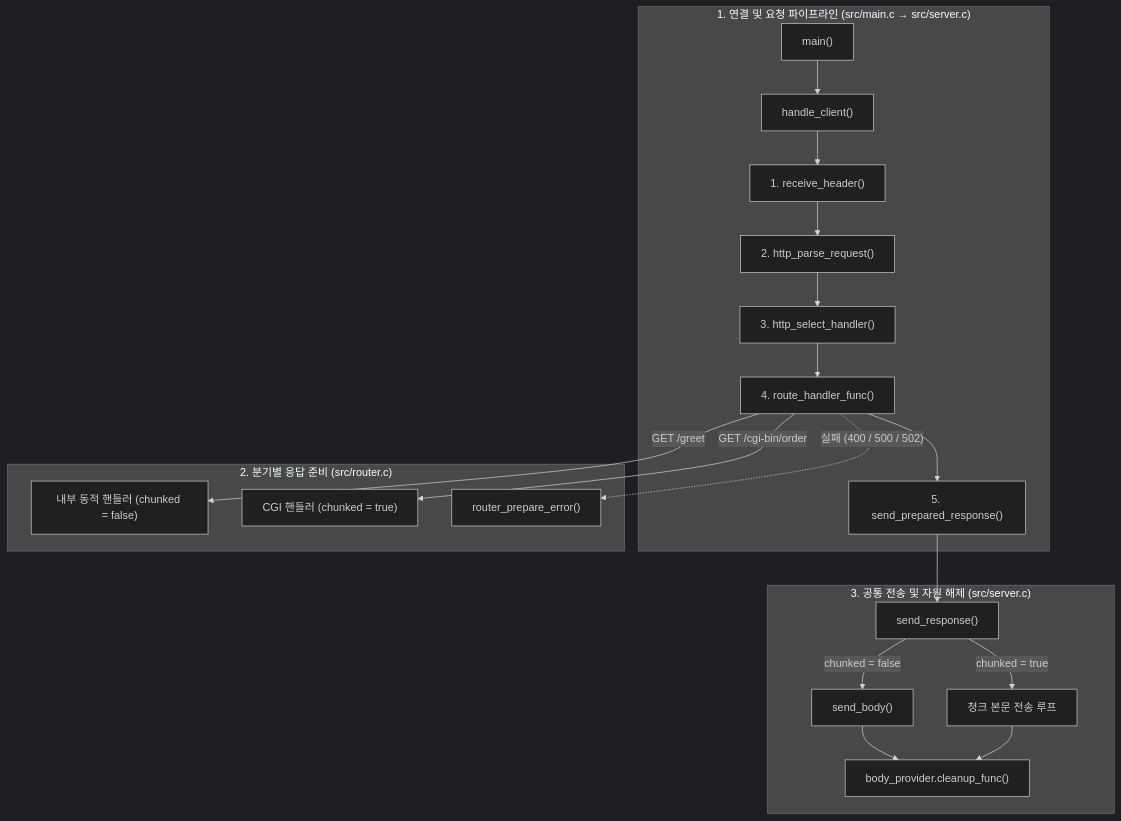
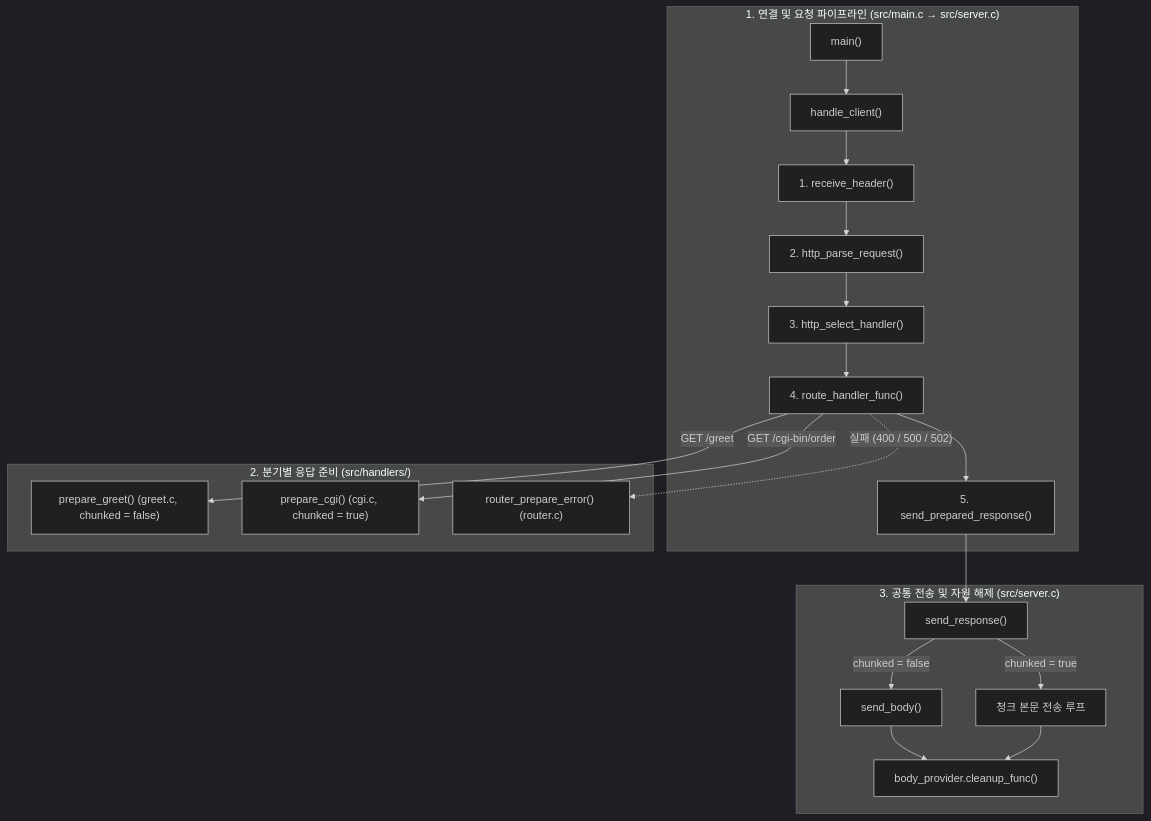
Before and after one commit to chan95821/jungle-week-13-c-web-server: the diagram in docs/iteration-3/chan95821/iteration-3-dynamic-design.md, drawn with Mermaid (dark theme). The commit also changed other lines of this file, not shown here.

````diff
--- a/docs/iteration-3/chan95821/iteration-3-dynamic-design.md
+++ b/docs/iteration-3/chan95821/iteration-3-dynamic-design.md
@@ -77,25 +78,25 @@
 ```mermaid
 flowchart TD
     subgraph L1["1. 연결 및 요청 파이프라인 (src/main.c → src/server.c)"]
         M["main()"] --> HC["handle_client()"]
         HC --> RCV["1. receive_header()"]
         RCV --> PAR["2. http_parse_request()"]
         PAR --> SEL["3. http_select_handler()"]
         SEL --> PREP["4. route_handler_func()"]
         PREP --> SND["5. send_prepared_response()"]
     end
 
-    subgraph L2["2. 분기별 응답 준비 (src/router.c)"]
-        PREP -->|"GET /greet"| PG["내부 동적 핸들러 (chunked = false)"]
-        PREP -->|"GET /cgi-bin/order"| PC["CGI 핸들러 (chunked = true)"]
-        PREP -.->|"실패 (400 / 500 / 502)"| PE["router_prepare_error()"]
+    subgraph L2["2. 분기별 응답 준비 (src/handlers/)"]
+        PREP -->|"GET /greet"| PG["prepare_greet() (greet.c, chunked = false)"]
+        PREP -->|"GET /cgi-bin/order"| PC["prepare_cgi() (cgi.c, chunked = true)"]
+        PREP -.->|"실패 (400 / 500 / 502)"| PE["router_prepare_error() (router.c)"]
     end
 
     subgraph L3["3. 공통 전송 및 자원 해제 (src/server.c)"]
         SND --> HDR["send_response()"]
         HDR -->|"chunked = false"| SB["send_body()"]
         HDR -->|"chunked = true"| SC["청크 본문 전송 루프"]
         SB --> CL["body_provider.cleanup_func()"]
         SC --> CL
     end
 ```
````
